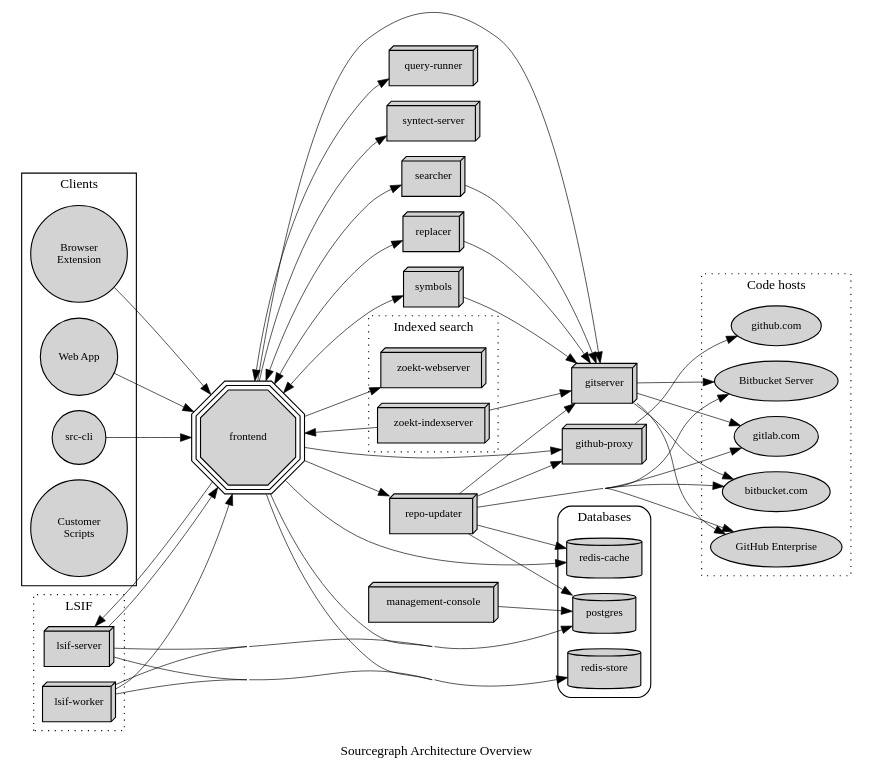
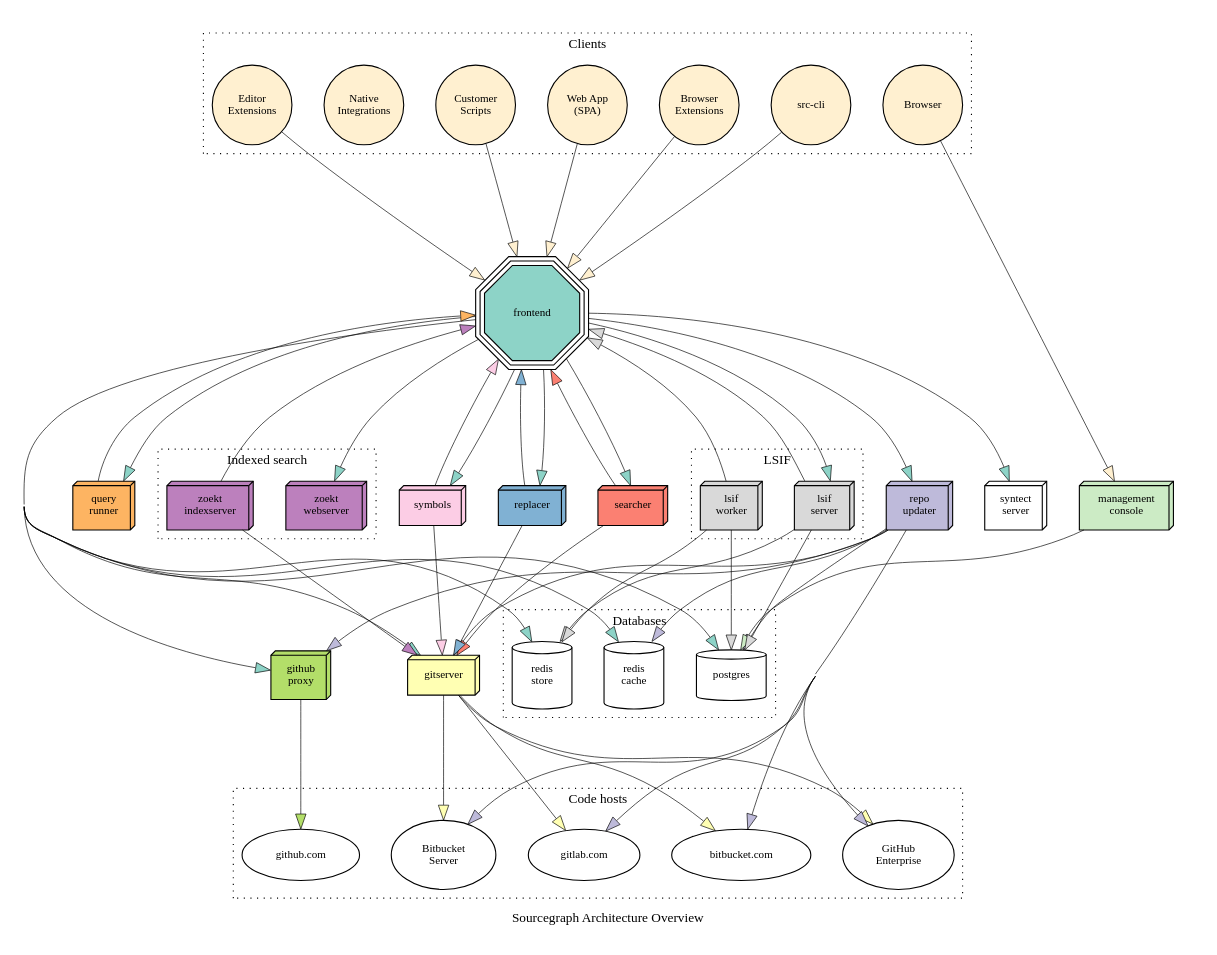
The diagram in doc/dev/architecture/architecture.dot (sourcegraph/sourcegraph-public-snapshot), drawn with Graphviz before and after one commit. The commit also changed 1 other file, not shown here.

```diff
--- a/doc/dev/architecture/architecture.dot
+++ b/doc/dev/architecture/architecture.dot
@@ -1,26 +1,32 @@
 digraph architecture {
     label="Sourcegraph Architecture Overview"
-    rankdir=LR
+    rankdir=TD
     ratio=fill
     concentrate=true
-    ranksep=0.8
-    nodesep=0.2
+    ranksep=1.4
+    nodesep=0.4
 
     graph [
         fontname="Iosevka"
         fontsize=12
+        pad=0.2
     ]
 
     node [
+        colorscheme="set312"
         style="filled"
+        fillcolor="white"
         shape="box3d"
         fontname="Iosevka"
         fontsize=10
+        margin=0.15
     ]
 
     edge [
+        colorscheme="set312"
         penwidth=0.6
-        arrowType="empty"
+        arrowtail=invis
+        arrowsize=1.35
     ]
 
     frontend [
@@ -29,46 +35,94 @@
         height=1.2
         shape="tripleoctagon"
         label="frontend"
+        fillcolor="1"
         URL="https://github.com/sourcegraph/sourcegraph/tree/master/cmd/frontend"
     ]
 
-    gitserver    [label="gitserver" URL="https://github.com/sourcegraph/sourcegraph/tree/master/cmd/gitserver"]
-    repo_updater [label="repo-updater" URL="https://github.com/sourcegraph/sourcegraph/tree/master/cmd/repo-updater"]
-    searcher     [label="searcher" URL="https://github.com/sourcegraph/sourcegraph/tree/master/cmd/searcher"]
-    replacer     [label="replacer" URL="https://github.com/sourcegraph/sourcegraph/tree/master/cmd/replacer"]
-    query_runner [label="query-runner" URL="https://github.com/sourcegraph/sourcegraph/tree/master/cmd/query-runner"]
-    github_proxy [label="github-proxy" URL="https://github.com/sourcegraph/sourcegraph/tree/master/cmd/github-proxy"]
-    syntect_server [label="syntect-server" URL="https://github.com/sourcegraph/syntect_server"]
-    management_console [label="management-console" URL="https://github.com/sourcegraph/sourcegraph/tree/master/cmd/management-console"]
-    symbols [label="symbols" URL="https://github.com/sourcegraph/sourcegraph/tree/master/cmd/symbols"]
+    subgraph cluster_services {
+        graph [style="invis"]
+        rank=same
+        gitserver [
+            label="gitserver"
+            fillcolor="2"
+            URL="https://github.com/sourcegraph/sourcegraph/tree/master/cmd/gitserver"
+        ]
+        repo_updater [
+            label="repo\nupdater"
+            fillcolor="3"
+            URL="https://github.com/sourcegraph/sourcegraph/tree/master/cmd/repo-updater"
+        ]
+        searcher [
+            label="searcher"
+            fillcolor="4"
+            URL="https://github.com/sourcegraph/sourcegraph/tree/master/cmd/searcher"
+        ]
+        replacer [
+            label="replacer"
+            fillcolor="5"
+            URL="https://github.com/sourcegraph/sourcegraph/tree/master/cmd/replacer"
+        ]
+        query_runner [
+            label="query\nrunner"
+            fillcolor="6"
+            URL="https://github.com/sourcegraph/sourcegraph/tree/master/cmd/query-runner"
+        ]
+        github_proxy [
+            label="github\nproxy"
+            fillcolor="7"
+            URL="https://github.com/sourcegraph/sourcegraph/tree/master/cmd/github-proxy"
+        ]
+        syntect_server [
+            label="syntect\nserver"
+            URL="https://github.com/sourcegraph/syntect_server"
+        ]
+        management_console [
+            label="management\nconsole"
+            fillcolor="11"
+            URL="https://github.com/sourcegraph/sourcegraph/tree/master/cmd/management-console"
+        ]
+        symbols [
+            label="symbols"
+            fillcolor="8"
+            URL="https://github.com/sourcegraph/sourcegraph/tree/master/cmd/symbols"
+        ]
 
-    subgraph cluster_lsif_zoekt {
-        label="Indexed search"
-        rank="same"
-        graph [style="dotted"]
+        subgraph cluster_lsif {
+            label="LSIF"
+            rank="same"
+            graph [style="dotted"]
+            node [fillcolor="9"]
 
-        zoekt_webserver [label="zoekt-webserver" URL="https://github.com/sourcegraph/zoekt/tree/master/cmd/zoekt-webserver"]
-        zoekt_indexserver [label="zoekt-indexserver" URL="https://github.com/sourcegraph/zoekt/tree/master/cmd/zoekt-sourcegraph-indexserver"]
-    }
+            lsif_server [label="lsif\nserver" URL="https://github.com/sourcegraph/sourcegraph/tree/master/lsif/src/server"]
+            lsif_worker [label="lsif\nworker" URL="https://github.com/sourcegraph/sourcegraph/tree/master/lsif/src/worker"]
+        }
 
-    subgraph cluster_lsif_processes {
-        label="LSIF"
-        rank="same"
-        graph [style="dotted"]
+        subgraph cluster_zoekt {
+            label="Indexed search"
+            rank="same"
+            graph [style="dotted"]
+            node [fillcolor="10"]
 
-        lsif_server [label="lsif-server" URL="https://github.com/sourcegraph/sourcegraph/tree/master/lsif/src/server"]
-        lsif_worker [label="lsif-worker" URL="https://github.com/sourcegraph/sourcegraph/tree/master/lsif/src/worker"]
-    }
+            zoekt_webserver [
+                label="zoekt\nwebserver"
+                URL="https://github.com/sourcegraph/zoekt/tree/master/cmd/zoekt-webserver"
+            ]
+            zoekt_indexserver [
+                label="zoekt\nindexserver"
+                URL="https://github.com/sourcegraph/zoekt/tree/master/cmd/zoekt-sourcegraph-indexserver"
+            ]
+        }
 
-    subgraph cluster_databases {
-        label="Databases"
-        rank="same"
-        graph [style="rounded"]
-        node [shape="cylinder"]
+        subgraph cluster_databases {
+            label="Databases"
+            rank="same"
+            graph [style="dotted"]
+            node [shape="cylinder"]
 
-        redis_cache [label="redis-cache"]
-        redis_store [label="redis-store"]
-        postgres [label="postgres"]
+            redis_cache [label="redis\ncache"]
+            redis_store [label="redis\nstore"]
+            postgres [label="postgres"]
+        }
     }
 
     subgraph cluster_codehosts {
@@ -80,73 +134,120 @@
         github_dot_com [label="github.com"]
         gitlab_dot_com [label="gitlab.com"]
         bitbucket_cloud [label="bitbucket.com"]
-        github_enterprise [label="GitHub Enterprise"]
-        bitbucket_server [label="Bitbucket Server"]
+        github_enterprise [label="GitHub\nEnterprise"]
+        bitbucket_server [label="Bitbucket\nServer"]
     }
 
     subgraph cluster_clients {
         label="Clients"
-        node [shape="circle"]
+        graph [style="dotted"]
+        node [shape="circle" fixedsize="true" width="1" fillcolor="#fff0d0"]
         src_cli [label="src-cli" URL="https://github.com/sourcegraph/src-cli"]
-        browser_ext [label="Browser\nExtension" URL="https://github.com/sourcegraph/sourcegraph/tree/master/browser/"]
-        web_app [label="Web App" URL="https://github.com/sourcegraph/sourcegraph/tree/master/web"]
+        browser_ext [label="Browser\nExtensions" URL="https://github.com/sourcegraph/sourcegraph/tree/master/browser/"]
+        web_app [label="Web App\n(SPA)" URL="https://github.com/sourcegraph/sourcegraph/tree/master/web"]
         customer_scripts [label="Customer\nScripts"]
+        editor_ext [label="Editor\nExtensions"]
+        native_integrations [label="Native\nIntegrations"]
+        browser [label="Browser"]
     }
 
-    frontend -> gitserver
-    frontend -> query_runner
-    frontend -> searcher
-    frontend -> replacer
-    frontend -> repo_updater
-    frontend -> github_proxy
-    frontend -> zoekt_webserver
-    frontend -> postgres
-    frontend -> redis_cache
-    frontend -> redis_store
-    frontend -> syntect_server
-    frontend -> lsif_server
-    frontend -> symbols
+    frontend -> {
+        gitserver
+        query_runner
+        searcher
+        replacer
+        repo_updater
+        github_proxy
+        zoekt_webserver
+        postgres
+        redis_cache
+        redis_store
+        syntect_server
+        lsif_server
+        symbols
+    } [
+        fillcolor="1"
+    ]
 
-    searcher -> frontend
-    searcher -> gitserver
+    searcher -> {
+        frontend,
+        gitserver
+    } [
+        fillcolor="4"
+    ]
 
-    replacer -> frontend
-    replacer -> gitserver
+    replacer -> {
+        frontend
+        gitserver
+    } [
+        fillcolor="5"
+    ]
 
-    management_console -> postgres
+    management_console -> postgres [fillcolor="11"]
 
-    query_runner -> frontend
+    query_runner -> frontend [fillcolor="6"]
 
-    symbols -> frontend
-    symbols -> gitserver
+    symbols -> {
+        frontend
+        gitserver
+    } [
+        fillcolor="8"
+    ]
 
-    lsif_server -> frontend
-    lsif_server -> postgres
-    lsif_server -> redis_store
-    lsif_worker -> frontend
-    lsif_worker -> postgres
-    lsif_worker -> redis_store
+    lsif_server -> {
+        frontend
+        postgres
+        redis_store
+    } [
+        fillcolor="9"
+    ]
 
-    repo_updater -> github_proxy
-    repo_updater -> github_enterprise
-    repo_updater -> gitlab_dot_com
-    repo_updater -> bitbucket_server
-    repo_updater -> bitbucket_cloud
-    repo_updater -> postgres
-    repo_updater -> gitserver
-    repo_updater -> redis_cache
+    lsif_worker -> {
+        frontend
+        postgres
+        redis_store
+    } [
+        fillcolor="9"
+    ]
 
-    github_proxy -> github_dot_com
+    repo_updater -> {
+        github_proxy
+        github_enterprise
+        gitlab_dot_com
+        bitbucket_server
+        bitbucket_cloud
+        postgres
+        gitserver
+        redis_cache
+    } [
+        fillcolor="3"
+    ]
 
-    gitserver -> github_enterprise
-    gitserver -> gitlab_dot_com
-    gitserver -> bitbucket_server
-    gitserver -> bitbucket_cloud
+    github_proxy -> github_dot_com [fillcolor="7"]
 
-    zoekt_indexserver -> frontend
-    zoekt_indexserver -> gitserver
+    gitserver -> {
+        github_enterprise
+        gitlab_dot_com
+        bitbucket_server
+        bitbucket_cloud
+    } [
+        fillcolor="2"
+    ]
 
-    browser_ext -> frontend
-    web_app -> frontend
-    src_cli -> frontend
+    zoekt_indexserver -> {
+        frontend,
+        gitserver
+    } [
+        fillcolor="10"
+    ]
+
+    subgraph client_edges {
+        edge [fillcolor="#fff0d0"]
+        browser_ext -> frontend
+        web_app -> frontend
+        src_cli -> frontend
+        editor_ext -> frontend
+        customer_scripts -> frontend
+        browser -> management_console
+    }
 }
```
